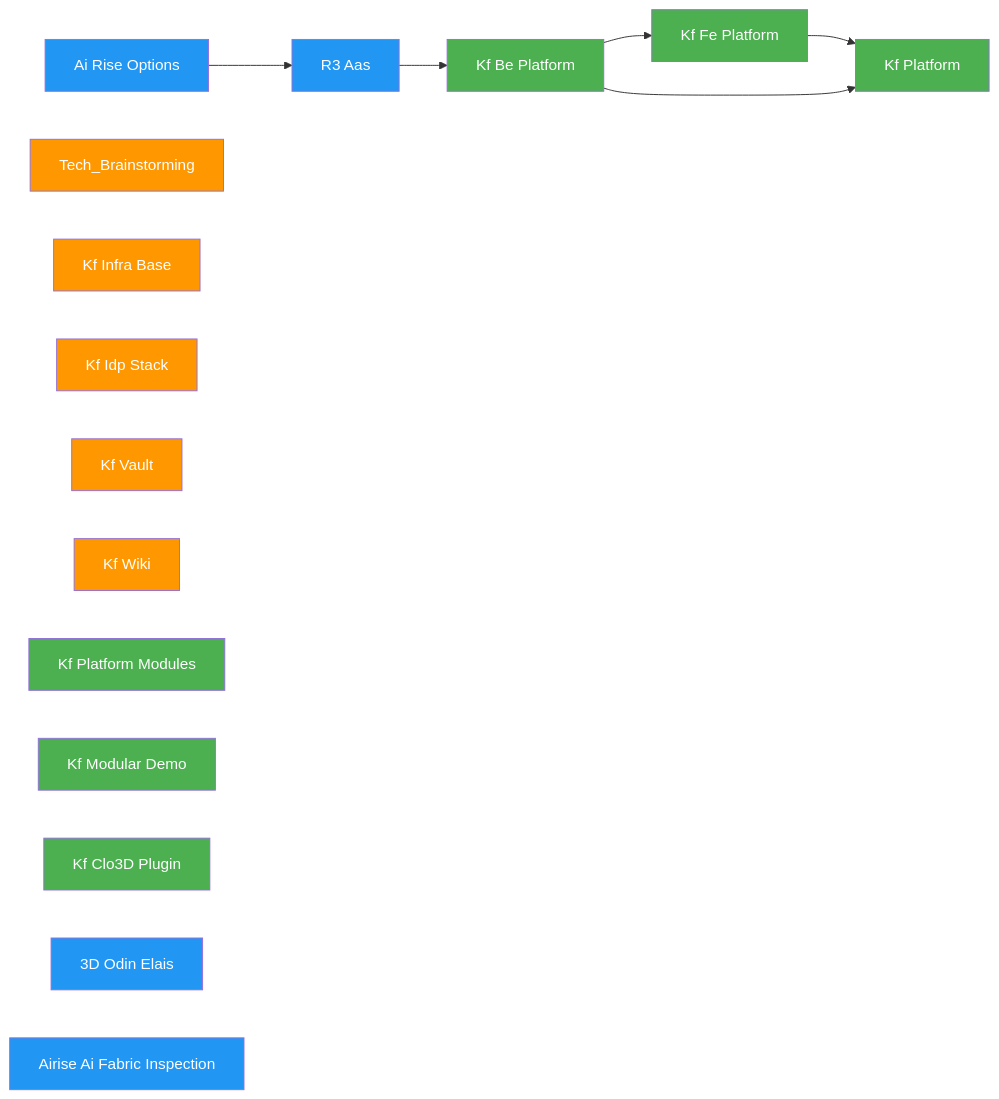
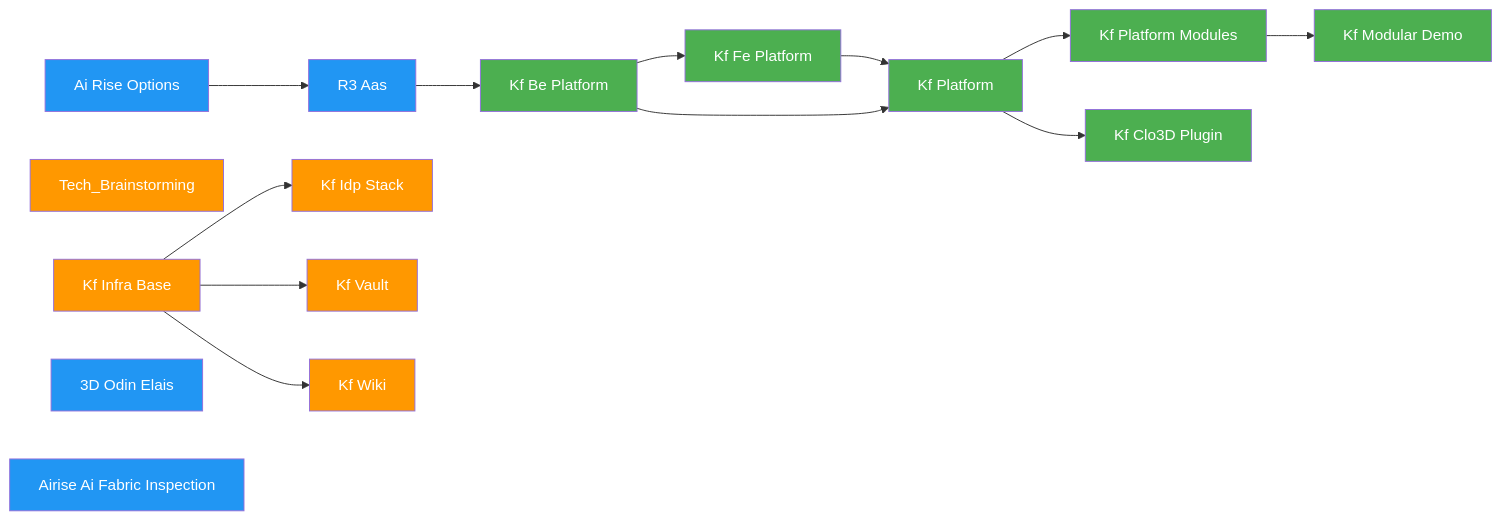
Before and after one commit to Katty-Fashion/kf-cpto: the diagram in docs/dependency-graph.md, drawn with Mermaid. The commit also changed other lines of this file and 26 other files, not shown here.

````diff
--- a/docs/dependency-graph.md
+++ b/docs/dependency-graph.md
@@ -10,27 +10,33 @@
 ```mermaid
 graph LR
     R3_AAS["R3 Aas"]:::eu
     ai_rise_options["Ai Rise Options"]:::eu
     kf_be_platform["Kf Be Platform"]:::saas
     kf_fe_platform["Kf Fe Platform"]:::saas
     kf_platform["Kf Platform"]:::saas
     tech_brainstorming["Tech_Brainstorming"]:::internal
     kf_infra_base["Kf Infra Base"]:::internal
     kf_idp_stack["Kf Idp Stack"]:::internal
     kf_vault["Kf Vault"]:::internal
     kf_wiki["Kf Wiki"]:::internal
     kf_platform_modules["Kf Platform Modules"]:::saas
     kf_modular_demo["Kf Modular Demo"]:::saas
     kf_clo3d_plugin["Kf Clo3D Plugin"]:::saas
     n_3D_ODIN_ELAIS["3D Odin Elais"]:::eu
     AIRise_ai_fabric_inspection["Airise Ai Fabric Inspection"]:::eu
     ai_rise_options --> R3_AAS
     R3_AAS --> kf_be_platform
     kf_be_platform --> kf_fe_platform
     kf_fe_platform --> kf_platform
     kf_be_platform --> kf_platform
+    kf_infra_base --> kf_idp_stack
+    kf_infra_base --> kf_vault
+    kf_infra_base --> kf_wiki
+    kf_platform --> kf_platform_modules
+    kf_platform_modules --> kf_modular_demo
+    kf_platform --> kf_clo3d_plugin
 
     classDef saas fill:#4CAF50,color:#fff
     classDef eu fill:#2196F3,color:#fff
     classDef internal fill:#FF9800,color:#fff
 ```
````
